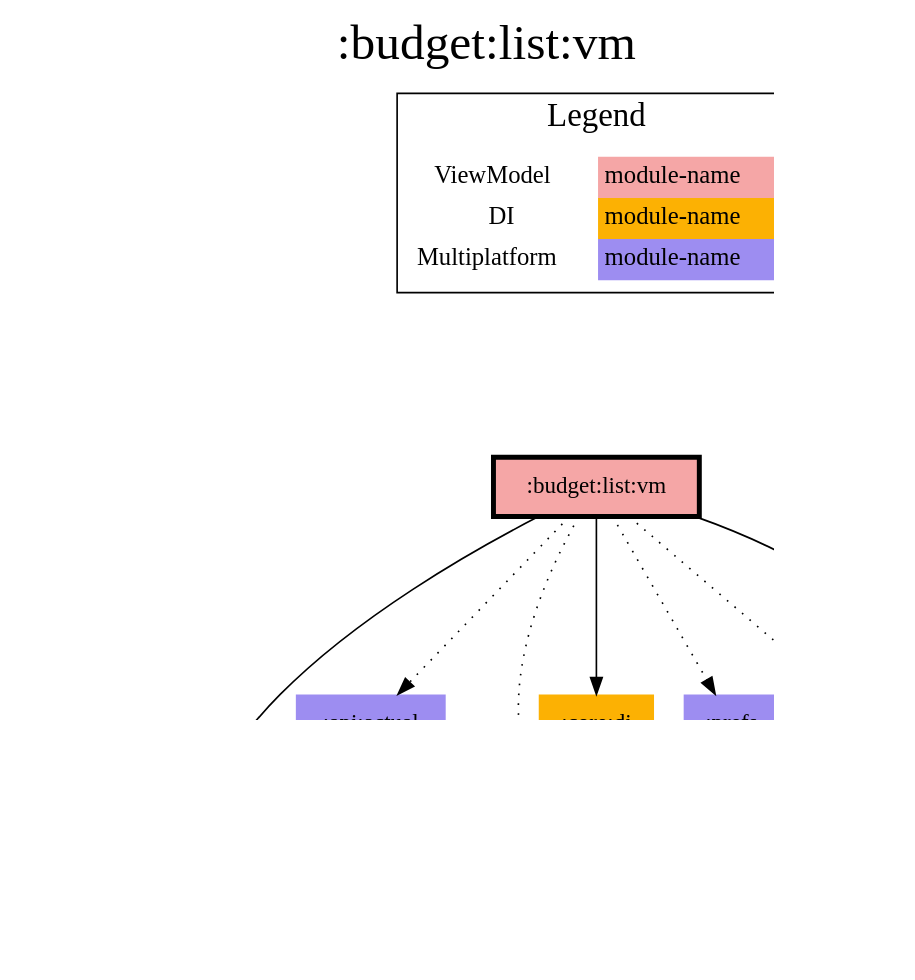
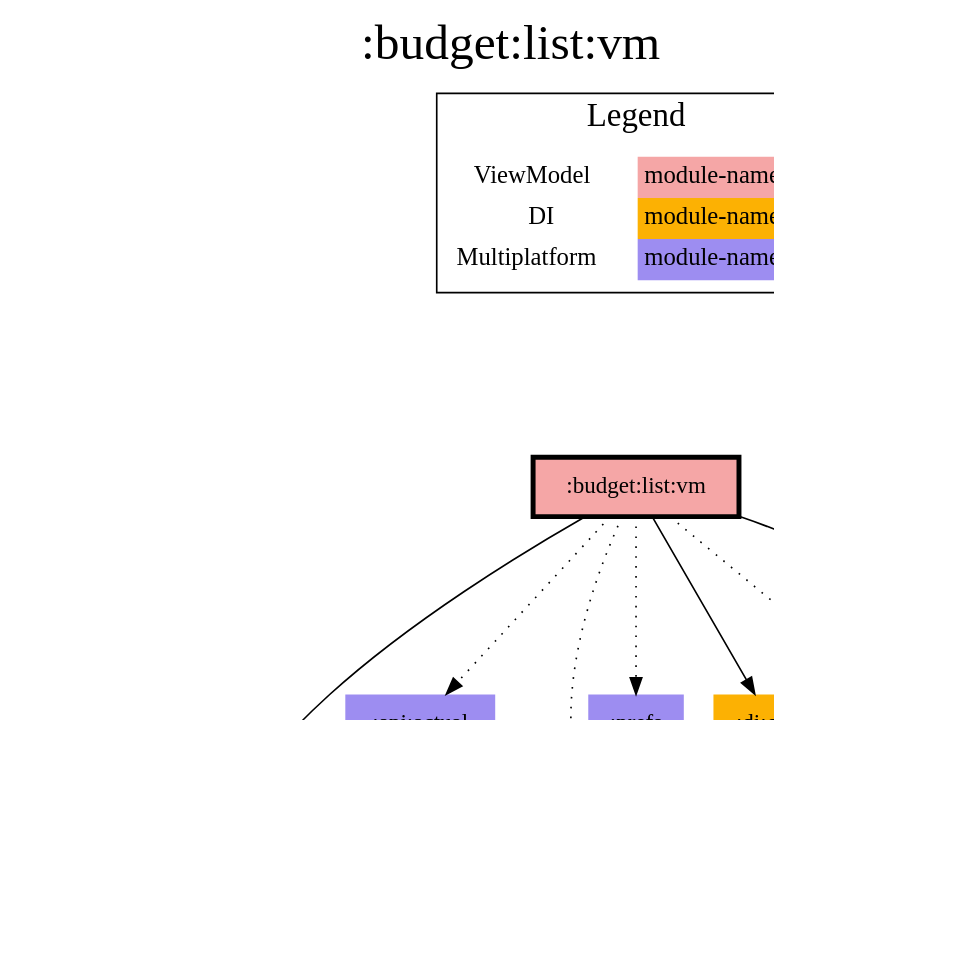
One commit to jonapoul/aktual changed the diagram in modules/budget/list/vm/modules.dot. Above: the diagram before and after it, drawn with Graphviz. The commit also changed 356 other files, not shown here.

```diff
--- a/modules/budget/list/vm/modules.dot
+++ b/modules/budget/list/vm/modules.dot
@@ -1,43 +1,43 @@
 digraph {
 edge ["dir"="forward"]
 graph ["dpi"="100","label"=":budget:list:vm","labelloc"="t","fontsize"="30","ranksep"="1.5","rankdir"="TB"]
 node ["style"="filled"]
 ":account:model" ["fillcolor"="#9D8DF1","shape"="none"]
 ":api:actual" ["fillcolor"="#9D8DF1","shape"="none"]
 ":budget:list:vm" ["fillcolor"="#F5A6A6","color"="black","penwidth"="3","shape"="box"]
 ":budget:model" ["fillcolor"="#9D8DF1","shape"="none"]
 ":codegen:annotation" ["fillcolor"="#9D8DF1","shape"="none"]
-":core:di" ["fillcolor"="#FCB103","shape"="none"]
 ":core:model" ["fillcolor"="#9D8DF1","shape"="none"]
+":di:core" ["fillcolor"="#FCB103","shape"="none"]
 ":logging" ["fillcolor"="#9D8DF1","shape"="none"]
 ":prefs" ["fillcolor"="#9D8DF1","shape"="none"]
 {
 edge ["dir"="none"]
 graph ["rank"="same"]
 ":budget:list:vm"
 }
 ":api:actual" -> ":account:model"
 ":api:actual" -> ":budget:model"
 ":api:actual" -> ":codegen:annotation" ["style"="dotted"]
 ":api:actual" -> ":core:model"
 ":budget:list:vm" -> ":account:model" ["style"="dotted"]
 ":budget:list:vm" -> ":api:actual" ["style"="dotted"]
 ":budget:list:vm" -> ":budget:model"
-":budget:list:vm" -> ":core:di"
 ":budget:list:vm" -> ":core:model"
+":budget:list:vm" -> ":di:core"
 ":budget:list:vm" -> ":logging" ["style"="dotted"]
 ":budget:list:vm" -> ":prefs" ["style"="dotted"]
 ":prefs" -> ":account:model"
 ":prefs" -> ":core:model"
 subgraph "cluster_legend" {
 edge ["dir"="none"]
 graph ["label"="Legend","fontsize"="20"]
 "Legend" ["style"="filled","fillcolor"="#FFFFFF","shape"="none","margin"="0","fontsize"="15","label"=<
 <TABLE BORDER="0" CELLBORDER="0" CELLSPACING="0" CELLPADDING="4">
 <TR><TD>ViewModel</TD><TD BGCOLOR="#F5A6A6">module-name</TD></TR>
 <TR><TD>DI</TD><TD BGCOLOR="#FCB103">module-name</TD></TR>
 <TR><TD>Multiplatform</TD><TD BGCOLOR="#9D8DF1">module-name</TD></TR>
 </TABLE>
 >]
 } -> ":budget:list:vm" ["style"="invis"]
 }
```
